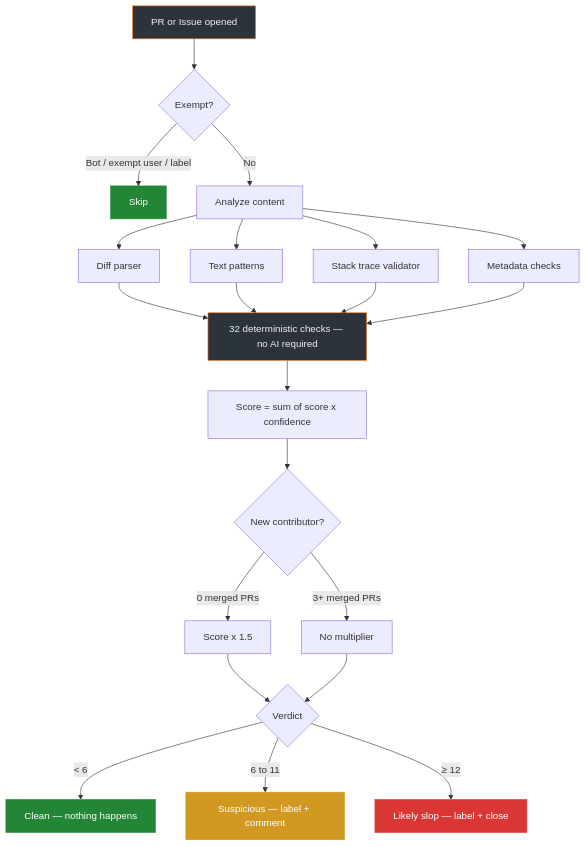
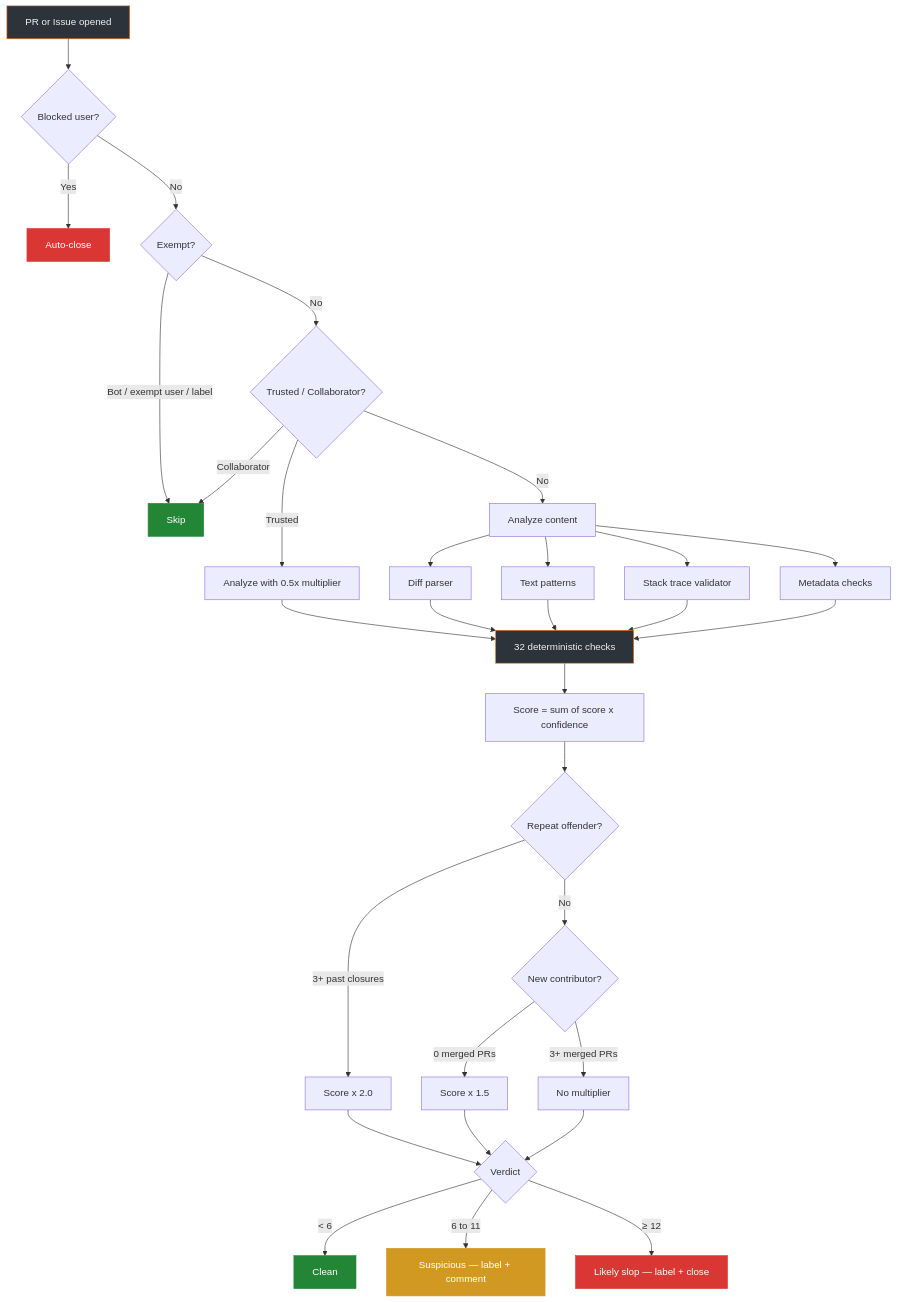
The diagram in README.md (actions-marketplace-validations/Anti-Ai-Slop_ai-slop-guard), drawn with Mermaid before and after one commit. The commit also changed other lines of this file, not shown here.

Commit message:
docs: update README for v0.3.0 — reputation system, updated architecture diagram

````diff
--- a/README.md
+++ b/README.md
@@ -66,29 +73,38 @@
 ```mermaid
 flowchart TD
-    A["PR or Issue opened"] --> B{"Exempt?"}
+    A["PR or Issue opened"] --> BL{"Blocked user?"}
+    BL -- "Yes" --> BLOCK["Auto-close"]
+    BL -- "No" --> B{"Exempt?"}
     B -- "Bot / exempt user / label" --> SKIP["Skip"]
-    B -- "No" --> D["Analyze content"]
+    B -- "No" --> TR{"Trusted / Collaborator?"}
+    TR -- "Trusted" --> TA["Analyze with 0.5x multiplier"]
+    TR -- "Collaborator" --> SKIP
+    TR -- "No" --> D["Analyze content"]
 
+    TA --> H
     D --> E["Diff parser"]
     D --> F["Text patterns"]
     D --> G["Stack trace validator"]
     D --> M["Metadata checks"]
 
-    E & F & G & M --> H["32 deterministic checks — no AI required"]
+    E & F & G & M --> H["32 deterministic checks"]
     H --> S["Score = sum of score x confidence"]
-    S --> CM{"New contributor?"}
+    S --> RO{"Repeat offender?"}
+    RO -- "3+ past closures" --> ROM["Score x 2.0"]
+    RO -- "No" --> CM{"New contributor?"}
     CM -- "0 merged PRs" --> MUL["Score x 1.5"]
     CM -- "3+ merged PRs" --> NOM["No multiplier"]
-    MUL & NOM --> V{"Verdict"}
+    ROM & MUL & NOM --> V{"Verdict"}
 
-    V -- "< 6" --> CLEAN["Clean — nothing happens"]
+    V -- "< 6" --> CLEAN["Clean"]
     V -- "6 to 11" --> WARN["Suspicious — label + comment"]
     V -- "≥ 12" --> SLOP["Likely slop — label + close"]
 
     style A fill:#2d333b,stroke:#f97316,color:#f0f0f0
+    style BLOCK fill:#da3633,stroke:#da3633,color:#fff
     style SKIP fill:#238636,stroke:#238636,color:#fff
     style CLEAN fill:#238636,stroke:#238636,color:#fff
     style WARN fill:#d29922,stroke:#d29922,color:#fff
     style SLOP fill:#da3633,stroke:#da3633,color:#fff
     style H fill:#2d333b,stroke:#f97316,color:#f0f0f0
 ```
````
